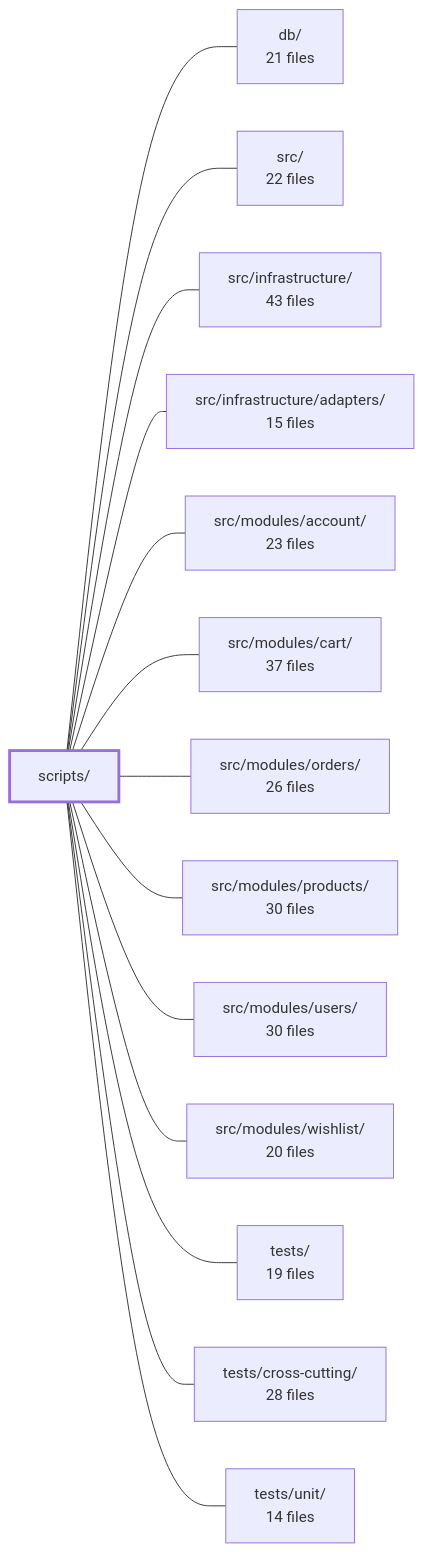
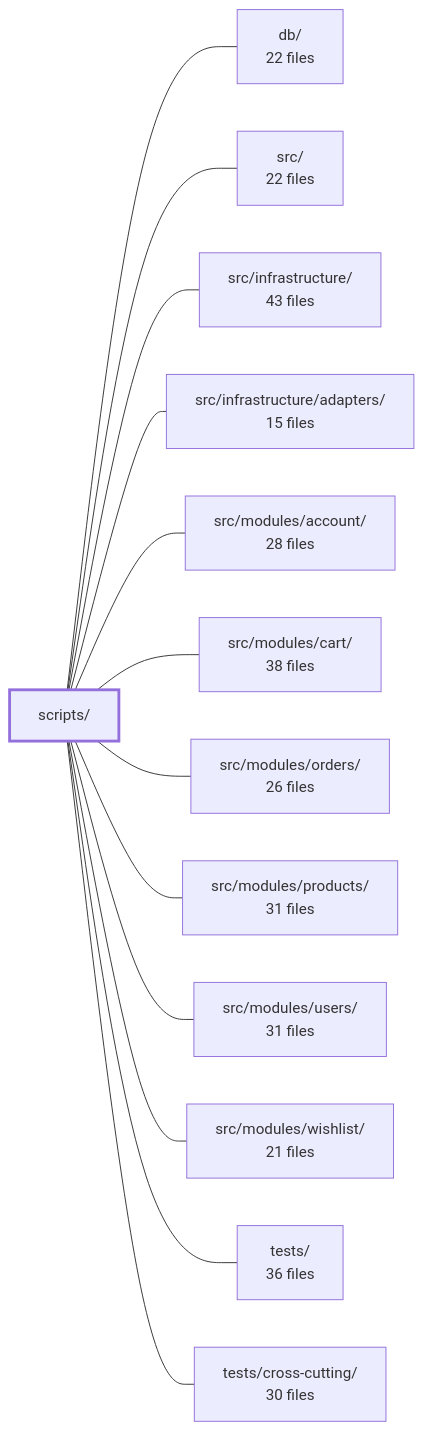
Before and after one commit to Guebbit/boilerplate-node-backend: the diagram in .2repo/modules/boilerplate-node-backend_scripts.md, drawn with Mermaid. The commit also changed other lines of this file and 302 other files, not shown here.

First line of the commit message:
chore(2repo): refresh repo context, wiki, and architecture snapshots

````diff
--- a/.2repo/modules/boilerplate-node-backend_scripts.md
+++ b/.2repo/modules/boilerplate-node-backend_scripts.md
@@ -41,31 +44,29 @@
 ```mermaid
 flowchart LR
     m_scripts["scripts/"]
-    m_db["db/<br/>21 files"]
+    m_db["db/<br/>22 files"]
     m_src["src/<br/>22 files"]
     m_src_infrastructure["src/infrastructure/<br/>43 files"]
     m_src_infrastructure_adapters["src/infrastructure/adapters/<br/>15 files"]
-    m_src_modules_account["src/modules/account/<br/>23 files"]
-    m_src_modules_cart["src/modules/cart/<br/>37 files"]
+    m_src_modules_account["src/modules/account/<br/>28 files"]
+    m_src_modules_cart["src/modules/cart/<br/>38 files"]
     m_src_modules_orders["src/modules/orders/<br/>26 files"]
-    m_src_modules_products["src/modules/products/<br/>30 files"]
-    m_src_modules_users["src/modules/users/<br/>30 files"]
-    m_src_modules_wishlist["src/modules/wishlist/<br/>20 files"]
-    m_tests["tests/<br/>19 files"]
-    m_tests_cross_cutting["tests/cross-cutting/<br/>28 files"]
-    m_tests_unit["tests/unit/<br/>14 files"]
+    m_src_modules_products["src/modules/products/<br/>31 files"]
+    m_src_modules_users["src/modules/users/<br/>31 files"]
+    m_src_modules_wishlist["src/modules/wishlist/<br/>21 files"]
+    m_tests["tests/<br/>36 files"]
+    m_tests_cross_cutting["tests/cross-cutting/<br/>30 files"]
     m_scripts --- m_db
     m_scripts --- m_src
     m_scripts --- m_src_infrastructure
     m_scripts --- m_src_infrastructure_adapters
     m_scripts --- m_src_modules_account
     m_scripts --- m_src_modules_cart
     m_scripts --- m_src_modules_orders
     m_scripts --- m_src_modules_products
     m_scripts --- m_src_modules_users
     m_scripts --- m_src_modules_wishlist
     m_scripts --- m_tests
     m_scripts --- m_tests_cross_cutting
-    m_scripts --- m_tests_unit
     style m_scripts stroke-width:3px
 ```
````
